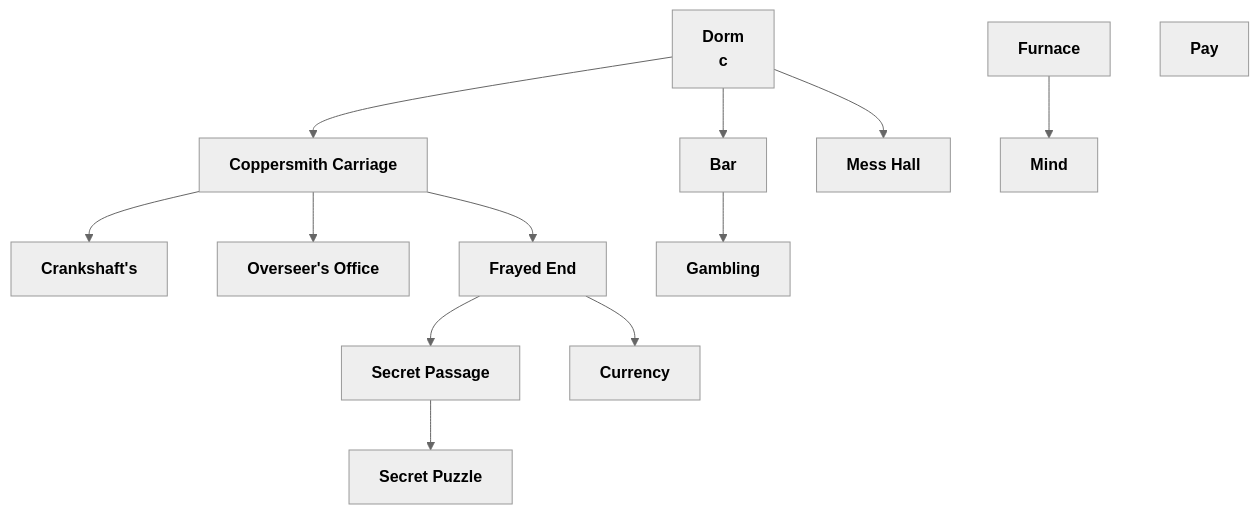
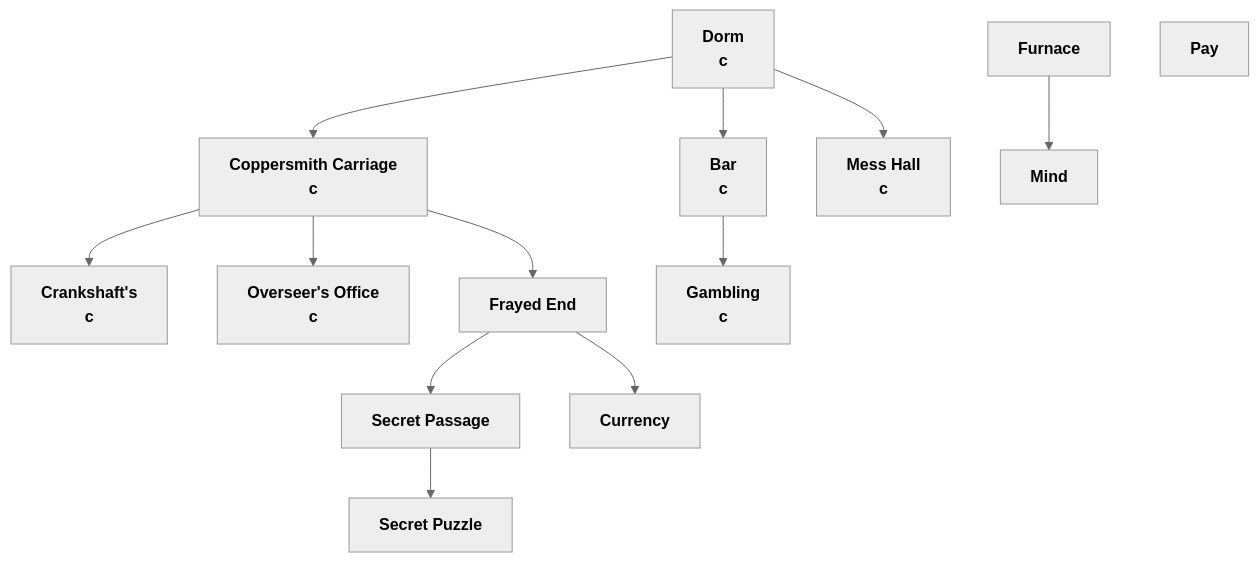
The diagram in .claude/plans/2/2.1-scene-network.mmd (noahval/GoA), drawn with Mermaid (neutral theme) before and after one commit. The commit also changed 68 other files, not shown here.

```diff
--- a/.claude/plans/2/2.1-scene-network.mmd
+++ b/.claude/plans/2/2.1-scene-network.mmd
@@ -1,8 +1,8 @@
 flowchart TB
-    dorm["<b>Dorm<br>c</b>"] --> bar["<b>Bar</b>"] & carriage["<b>Coppersmith Carriage</b>"] & mess["<b>Mess Hall</b>"]
+    dorm["<b>Dorm<br>c</b>"] --> bar["<b>Bar<br>c</b>"] & coppersmith["<b>Coppersmith Carriage<br>c</b>"] & mess["<b>Mess Hall<br>c</b>"]
     furnace["<b>Furnace</b>"] --> mind["<b>Mind</b>"]
-    carriage --> shop@{ label: "<b>Crankshaft's</b>" } & office@{ label: "<b>Overseer's Office</b>" } & n3["<b>Frayed End</b>"]
+    coppersmith --> crankshafts@{ label: "<b>Crankshaft's<br>c</b>" } & office@{ label: "<b>Overseer's Office<br>c</b>" } & n3["<b>Frayed End</b>"]
     secret["<b>Secret Passage</b>"] --> puzzle["<b>Secret Puzzle</b>"]
     n3 --> n4["<b>Currency</b>"] & secret
-    bar --> n2["<b>Gambling</b>"]
+    bar --> n2["<b>Gambling<br>c</b>"]
     n5["<b>Pay</b>"]
```
